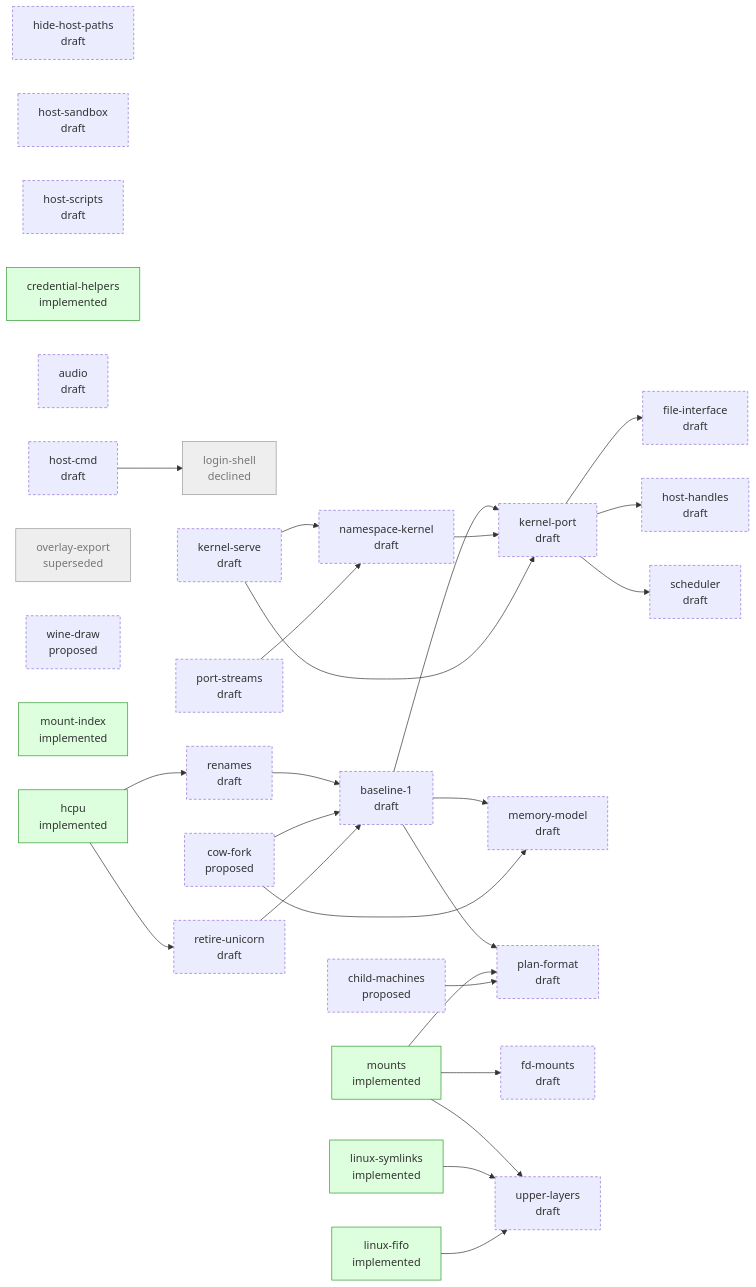
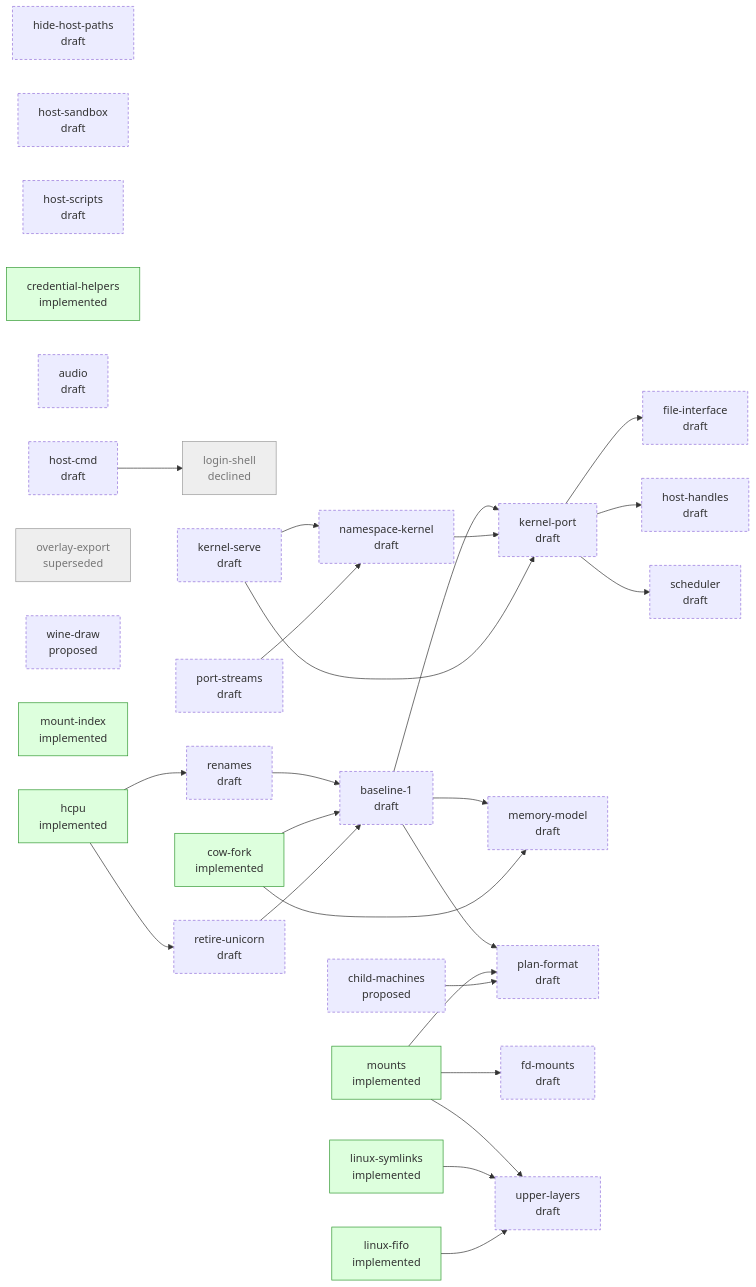
One commit to progrium/hyper9 changed the diagram in design/STATUS.md. Above: the diagram before and after it, drawn with Mermaid. The commit also changed other lines of this file, not shown here.

````diff
--- a/design/STATUS.md
+++ b/design/STATUS.md
@@ -40,60 +40,60 @@
 ```mermaid
 flowchart LR
   classDef draft stroke-dasharray: 4 3
   classDef accepted stroke-width: 2px
   classDef implemented fill:#dfd,stroke:#393
   classDef closed fill:#eee,stroke:#999,color:#777
   p_hide_host_paths["hide-host-paths<br/>draft"]:::draft
   p_host_sandbox["host-sandbox<br/>draft"]:::draft
   p_host_scripts["host-scripts<br/>draft"]:::draft
   p_credential_helpers["credential-helpers<br/>implemented"]:::implemented
   p_audio["audio<br/>draft"]:::draft
   p_host_cmd["host-cmd<br/>draft"]:::draft
   p_overlay_export["overlay-export<br/>superseded"]:::closed
   p_login_shell["login-shell<br/>declined"]:::closed
   p_child_machines["child-machines<br/>proposed"]:::draft
-  p_cow_fork["cow-fork<br/>proposed"]:::draft
+  p_cow_fork["cow-fork<br/>implemented"]:::implemented
   p_wine_draw["wine-draw<br/>proposed"]:::draft
   p_mount_index["mount-index<br/>implemented"]:::implemented
   p_hcpu["hcpu<br/>implemented"]:::implemented
   p_kernel_serve["kernel-serve<br/>draft"]:::draft
   p_namespace_kernel["namespace-kernel<br/>draft"]:::draft
   p_port_streams["port-streams<br/>draft"]:::draft
   p_linux_fifo["linux-fifo<br/>implemented"]:::implemented
   p_mounts["mounts<br/>implemented"]:::implemented
   p_baseline_1["baseline-1<br/>draft"]:::draft
   p_file_interface["file-interface<br/>draft"]:::draft
   p_host_handles["host-handles<br/>draft"]:::draft
   p_kernel_port["kernel-port<br/>draft"]:::draft
   p_linux_symlinks["linux-symlinks<br/>implemented"]:::implemented
   p_memory_model["memory-model<br/>draft"]:::draft
   p_plan_format["plan-format<br/>draft"]:::draft
   p_renames["renames<br/>draft"]:::draft
   p_retire_unicorn["retire-unicorn<br/>draft"]:::draft
   p_scheduler["scheduler<br/>draft"]:::draft
   p_fd_mounts["fd-mounts<br/>draft"]:::draft
   p_upper_layers["upper-layers<br/>draft"]:::draft
   p_host_cmd --> p_login_shell
   p_kernel_serve --> p_namespace_kernel
   p_port_streams --> p_namespace_kernel
   p_renames --> p_baseline_1
   p_cow_fork --> p_baseline_1
   p_retire_unicorn --> p_baseline_1
   p_kernel_port --> p_file_interface
   p_kernel_port --> p_host_handles
   p_baseline_1 --> p_kernel_port
   p_namespace_kernel --> p_kernel_port
   p_kernel_serve --> p_kernel_port
   p_baseline_1 --> p_memory_model
   p_cow_fork --> p_memory_model
   p_baseline_1 --> p_plan_format
   p_mounts --> p_plan_format
   p_child_machines --> p_plan_format
   p_hcpu --> p_renames
   p_hcpu --> p_retire_unicorn
   p_kernel_port --> p_scheduler
   p_mounts --> p_fd_mounts
   p_mounts --> p_upper_layers
   p_linux_symlinks --> p_upper_layers
   p_linux_fifo --> p_upper_layers
 ```
````
